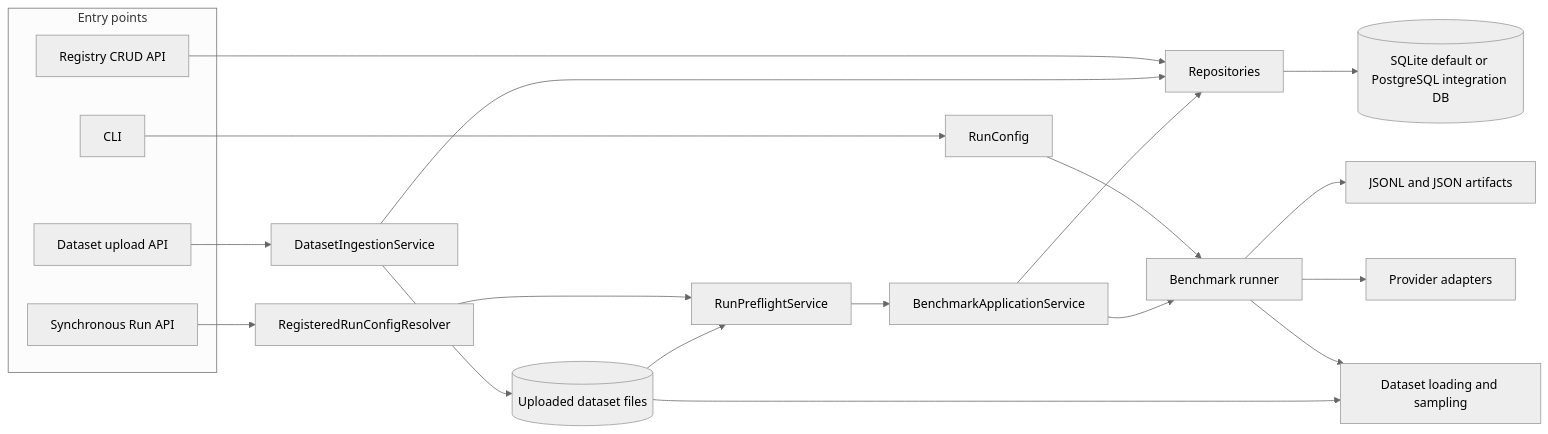
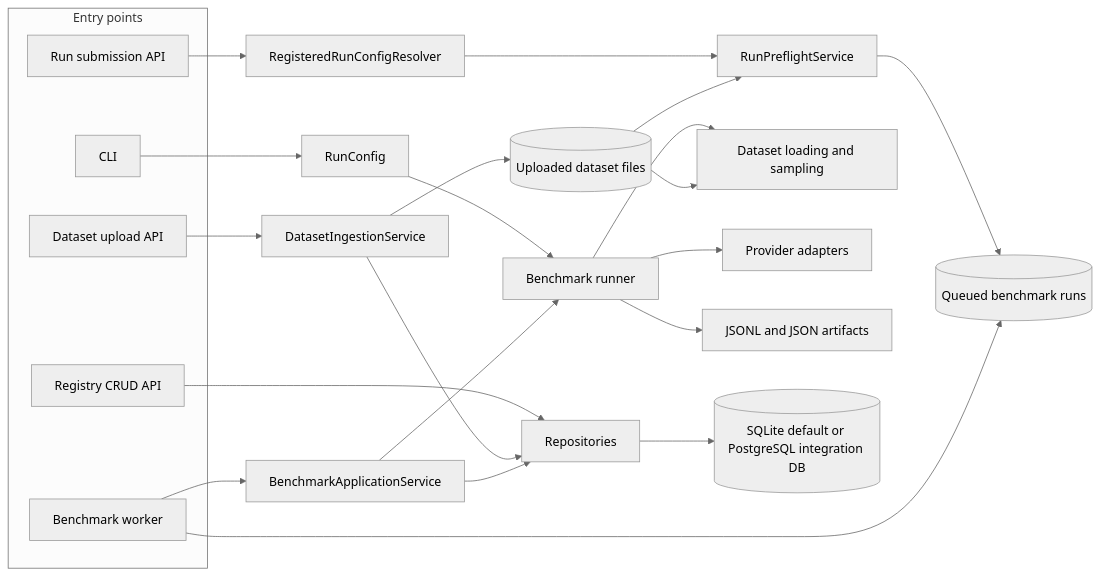
Before and after one commit to ataozalpp/llm-benchmark: the first of 7 diagrams in docs/architecture.md, drawn with Mermaid (neutral theme). The commit also changed other lines of this file and 12 other files, not shown here.

````diff
--- a/docs/architecture.md
+++ b/docs/architecture.md
@@ -44,29 +45,32 @@
 ```mermaid
 flowchart LR
     subgraph EntryPoints[Entry points]
         CLI[CLI]
         RegistryAPI[Registry CRUD API]
         UploadAPI[Dataset upload API]
-        RunAPI[Synchronous Run API]
+        RunAPI[Run submission API]
+        Worker[Benchmark worker]
     end
 
     CLI --> Config[RunConfig]
     Config --> Runner[Benchmark runner]
 
     RegistryAPI --> Repositories[Repositories]
     UploadAPI --> Ingestion[DatasetIngestionService]
     Ingestion --> UploadedFiles[(Uploaded dataset files)]
     Ingestion --> Repositories
     RunAPI --> Resolver[RegisteredRunConfigResolver]
     Resolver --> Preflight[RunPreflightService]
     UploadedFiles --> Preflight
-    Preflight --> AppService[BenchmarkApplicationService]
+    Preflight --> Queued[(Queued benchmark runs)]
+    Worker --> Queued
+    Worker --> AppService[BenchmarkApplicationService]
     AppService --> Runner
     AppService --> Repositories
 
     Runner --> Dataset[Dataset loading and sampling]
     UploadedFiles --> Dataset
     Runner --> Providers[Provider adapters]
     Runner --> Artifacts[JSONL and JSON artifacts]
     Repositories --> DB[(SQLite default or PostgreSQL integration DB)]
 ```
````
